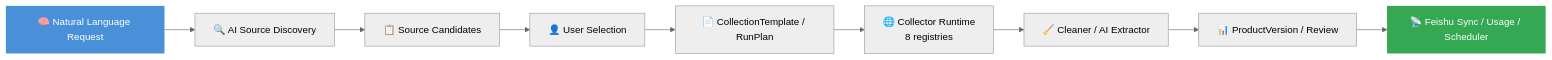
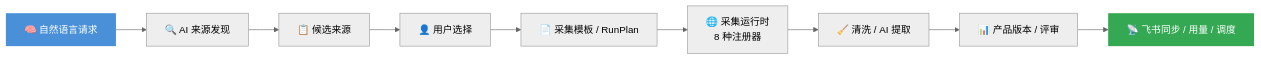
One commit to a672780966/Competitive-Product-Intelligence-System changed the first of 2 diagrams in README.md. Above: the diagram before and after it, drawn with Mermaid (neutral theme). The commit also changed other lines of this file and 4 other files, not shown here.

````diff
--- a/README.md
+++ b/README.md
@@ -52,14 +44,14 @@
 ```mermaid
 flowchart LR
-    A["🧠 Natural Language Request"] --> B["🔍 AI Source Discovery"]
-    B --> C["📋 Source Candidates"]
-    C --> D["👤 User Selection"]
-    D --> E["📄 CollectionTemplate / RunPlan"]
-    E --> F["🌐 Collector Runtime<br/>8 registries"]
-    F --> G["🧹 Cleaner / AI Extractor"]
-    G --> H["📊 ProductVersion / Review"]
-    H --> I["📡 Feishu Sync / Usage / Scheduler"]
+    A["🧠 自然语言请求"] --> B["🔍 AI 来源发现"]
+    B --> C["📋 候选来源"]
+    C --> D["👤 用户选择"]
+    D --> E["📄 采集模板 / RunPlan"]
+    E --> F["🌐 采集运行时<br/>8 种注册器"]
+    F --> G["🧹 清洗 / AI 提取"]
+    G --> H["📊 产品版本 / 评审"]
+    H --> I["📡 飞书同步 / 用量 / 调度"]
 
     style A fill:#4A90D9,color:#fff,stroke:none
     style I fill:#34A853,color:#fff,stroke:none
 ```
````
